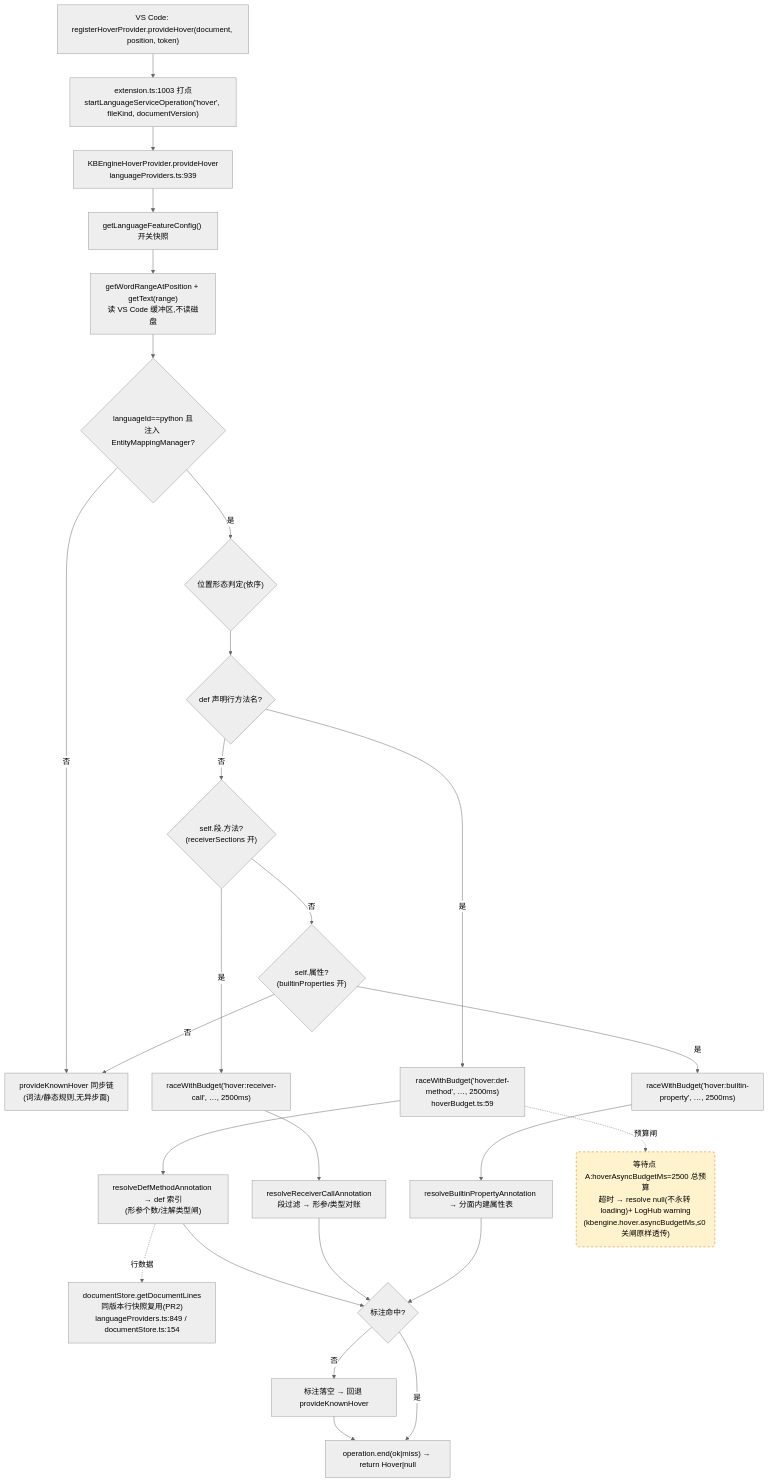
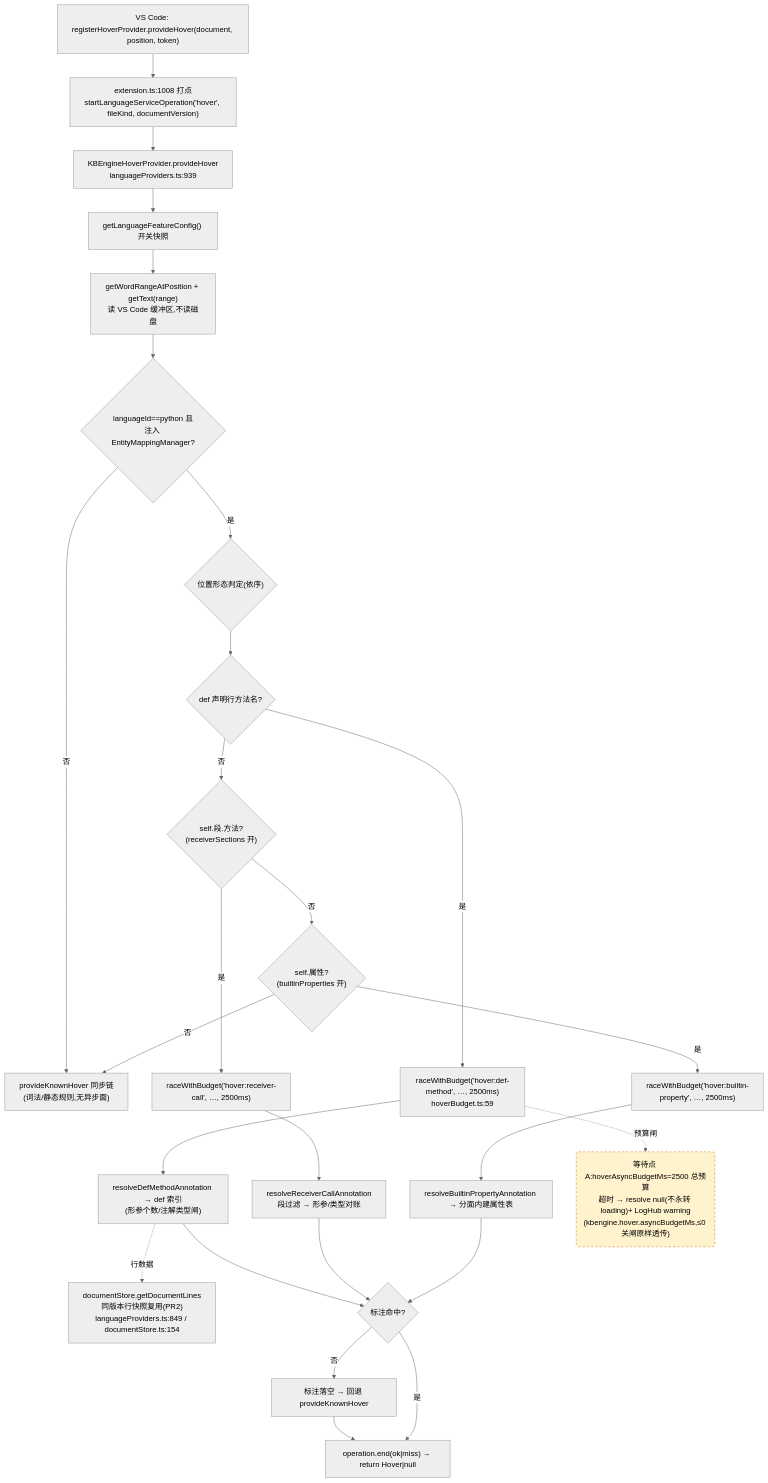
One commit to cuihairu/kode changed the first of 4 diagrams in docs/perf/2026-baseline.md. Above: the diagram before and after it, drawn with Mermaid (neutral theme). The commit also changed other lines of this file and 7 other files, not shown here.

````diff
--- a/docs/perf/2026-baseline.md
+++ b/docs/perf/2026-baseline.md
@@ -82,45 +82,45 @@
 ```mermaid
 flowchart TD
   VC1["VS Code: registerHoverProvider.provideHover(document, position, token)"]
-  M1["extension.ts:1003 打点<br/>startLanguageServiceOperation('hover', fileKind, documentVersion)"]
+  M1["extension.ts:1008 打点<br/>startLanguageServiceOperation('hover', fileKind, documentVersion)"]
   HP["KBEngineHoverProvider.provideHover<br/>languageProviders.ts:939"]
   CFG["getLanguageFeatureConfig() 开关快照"]
   WORD["getWordRangeAtPosition + getText(range)<br/>读 VS Code 缓冲区,不读磁盘"]
   BR{"languageId==python 且<br/>注入 EntityMappingManager?"}
   KN["provideKnownHover 同步链<br/>(词法/静态规则,无异步面)"]
   POS{"位置形态判定(依序)"}
   D1{"def 声明行方法名?"}
   D2{"self.段.方法?<br/>(receiverSections 开)"}
   D3{"self.属性?<br/>(builtinProperties 开)"}
   RA1["raceWithBudget('hover:def-method', …, 2500ms)<br/>hoverBudget.ts:59"]
   RA2["raceWithBudget('hover:receiver-call', …, 2500ms)"]
   RA3["raceWithBudget('hover:builtin-property', …, 2500ms)"]
   RS1["resolveDefMethodAnnotation → def 索引<br/>(形参个数/注解类型闸)"]
   RS2["resolveReceiverCallAnnotation<br/>段过滤 → 形参/类型对账"]
   RS3["resolveBuiltinPropertyAnnotation → 分面内建属性表"]
   LINES["documentStore.getDocumentLines<br/>同版本行快照复用(PR2)<br/>languageProviders.ts:849 / documentStore.ts:154"]
   MISS["标注落空 → 回退 provideKnownHover"]
   END1["operation.end(ok|miss) → return Hover|null"]
 
   VC1 --> M1 --> HP --> CFG --> WORD --> BR
   BR -- "否" --> KN
   BR -- "是" --> POS --> D1
   D1 -- "是" --> RA1 --> RS1
   D1 -- "否" --> D2
   D2 -- "是" --> RA2 --> RS2
   D2 -- "否" --> D3
   D3 -- "是" --> RA3 --> RS3
   D3 -- "否" --> KN
   RS1 --> HIT{"标注命中?"}
   RS2 --> HIT
   RS3 --> HIT
   RS1 -.->|行数据| LINES
   HIT -- "否" --> MISS --> END1
   HIT -- "是" --> END1
 
   WAITA("等待点 A:hoverAsyncBudgetMs=2500 总预算<br/>超时 → resolve null(不永转 loading)+ LogHub warning<br/>(kbengine.hover.asyncBudgetMs,≤0 关闸原样透传)")
   RA1 -.->|预算闸| WAITA
 
   classDef waitPoint fill:#fff3cd,stroke:#d97706,stroke-dasharray:5 4;
   class WAITA waitPoint;
 ```
````
